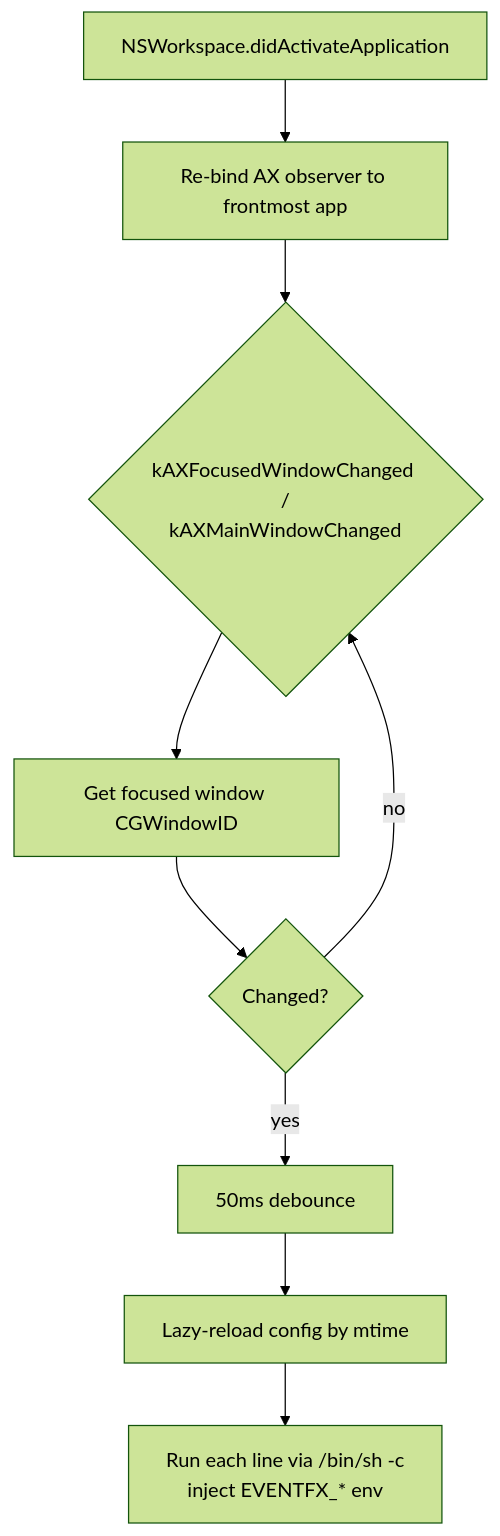
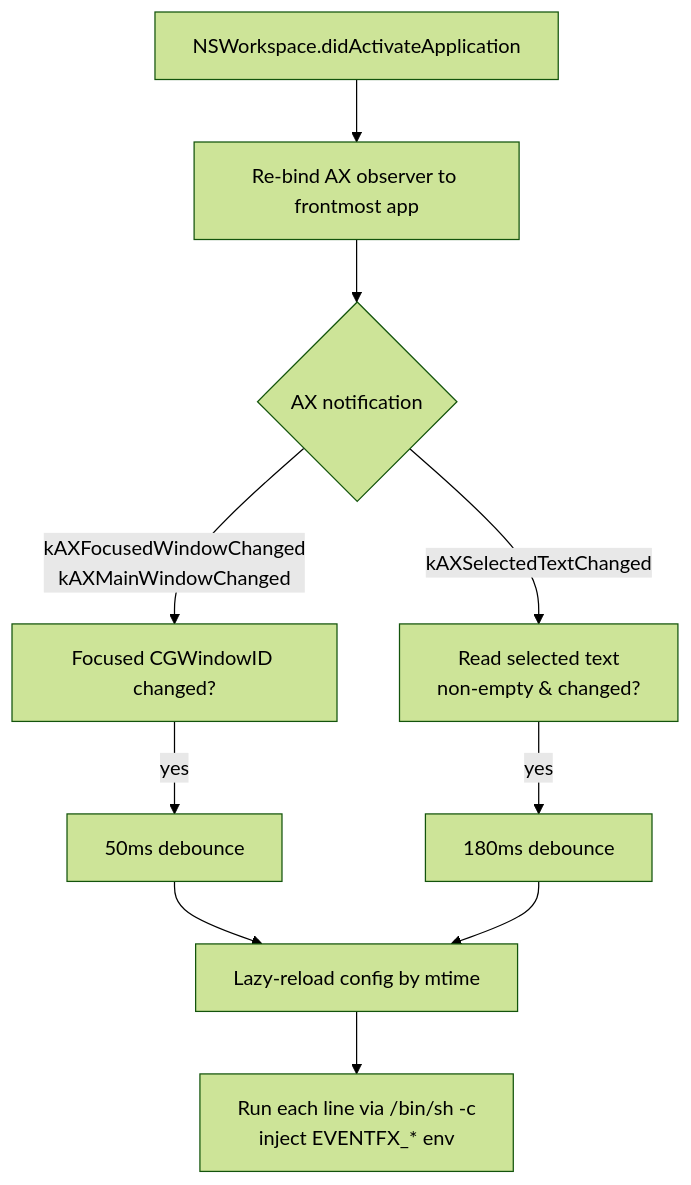
Before and after one commit to akira-toriyama/eventfx: the diagram in README.md, drawn with Mermaid (forest theme). The commit also changed other lines of this file and 5 other files, not shown here.

First line of the commit message:
:sparkles: feat: text_selected イベント追加 + EventWatcher 改称

````diff
--- a/README.md
+++ b/README.md
@@ -25,11 +25,12 @@
 ```mermaid
 flowchart TD
     A[NSWorkspace.didActivateApplication] --> B[Re-bind AX observer to frontmost app]
-    B --> C{kAXFocusedWindowChanged /<br/>kAXMainWindowChanged}
-    C --> D[Get focused window CGWindowID]
-    D --> E{Changed?}
-    E -- no --> C
-    E -- yes --> F[50ms debounce]
+    B --> C{AX notification}
+    C -- kAXFocusedWindowChanged<br/>kAXMainWindowChanged --> D[Focused CGWindowID changed?]
+    C -- kAXSelectedTextChanged --> S[Read selected text<br/>non-empty &amp; changed?]
+    D -- yes --> F[50ms debounce]
+    S -- yes --> T[180ms debounce]
     F --> G[Lazy-reload config by mtime]
+    T --> G
     G --> H[Run each line via /bin/sh -c<br/>inject EVENTFX_* env]
 ```
````
